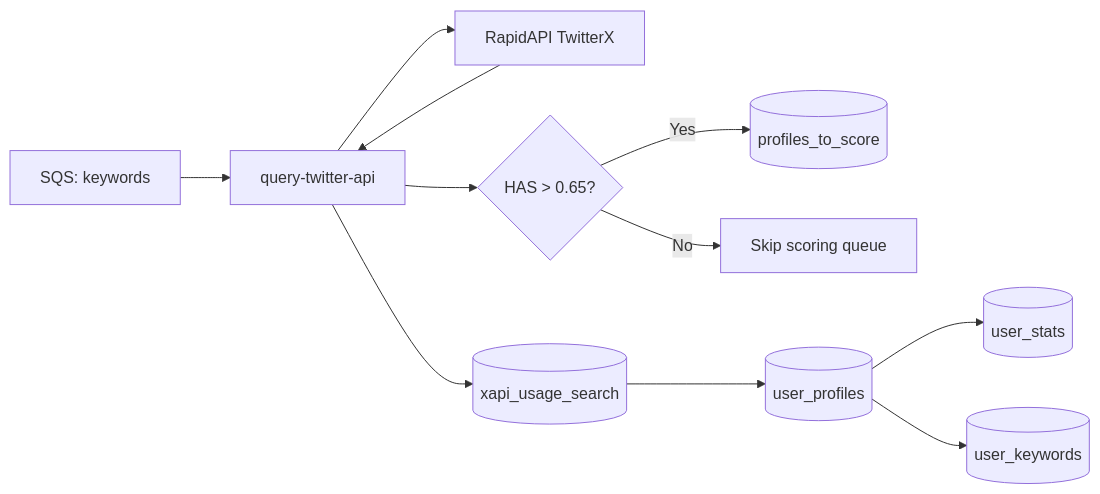
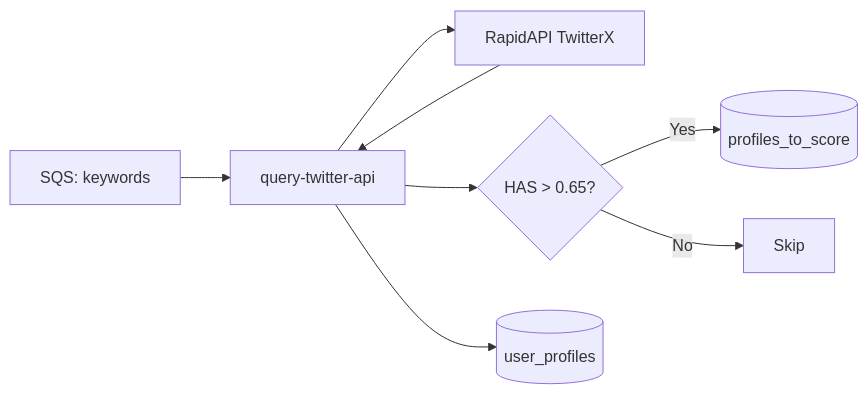
The third of 5 diagrams in docs/architecture.md (DanEscher98/twitter-profile-scorer), drawn with Mermaid before and after one commit. The commit also changed other lines of this file and 7 other files, not shown here.

````diff
--- a/docs/architecture.md
+++ b/docs/architecture.md
@@ -150,13 +118,10 @@
 ```mermaid
 flowchart LR
     SQS[SQS: keywords] --> QT[query-twitter-api]
     QT --> API[RapidAPI TwitterX]
     API --> QT
     QT --> HAS{HAS > 0.65?}
     HAS -->|Yes| PTS[(profiles_to_score)]
-    HAS -->|No| Skip[Skip scoring queue]
-    QT --> XU[(xapi_usage_search)]
-    XU --> UP[(user_profiles)]
-    UP --> US[(user_stats)]
-    UP --> UK[(user_keywords)]
+    HAS -->|No| Skip[Skip]
+    QT --> DB[(user_profiles)]
 ```
````
